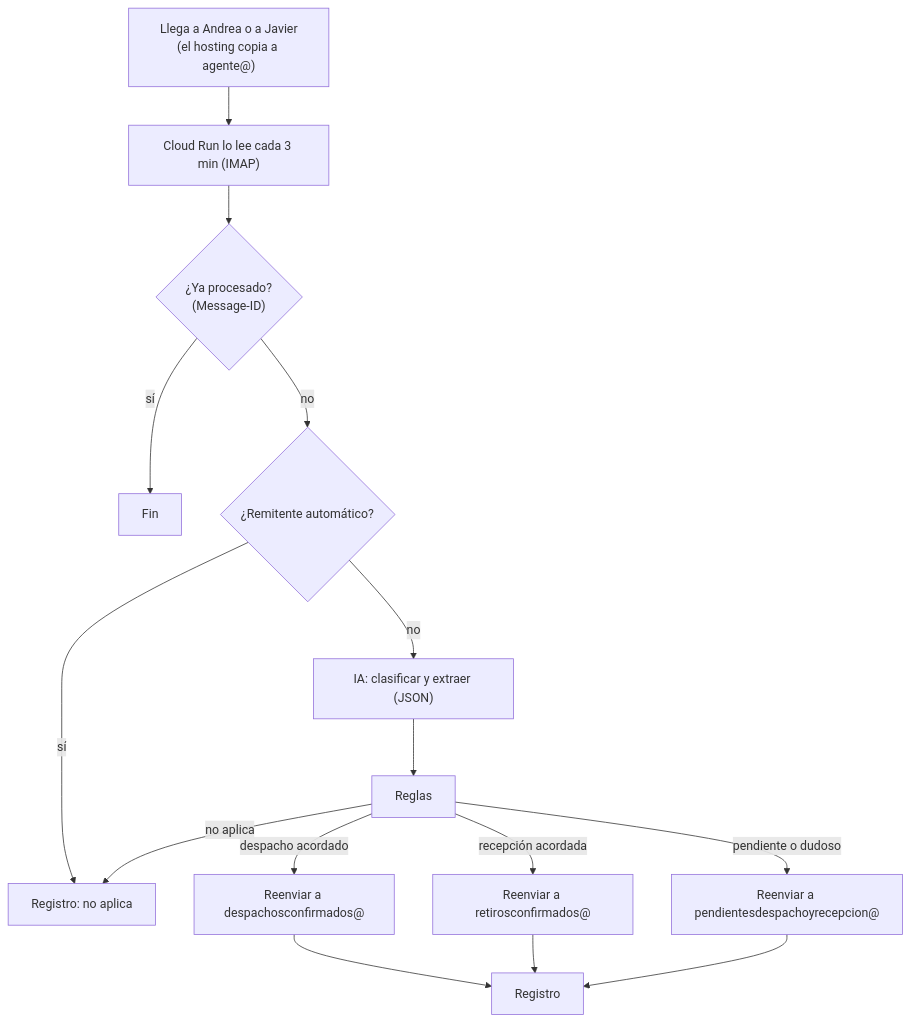
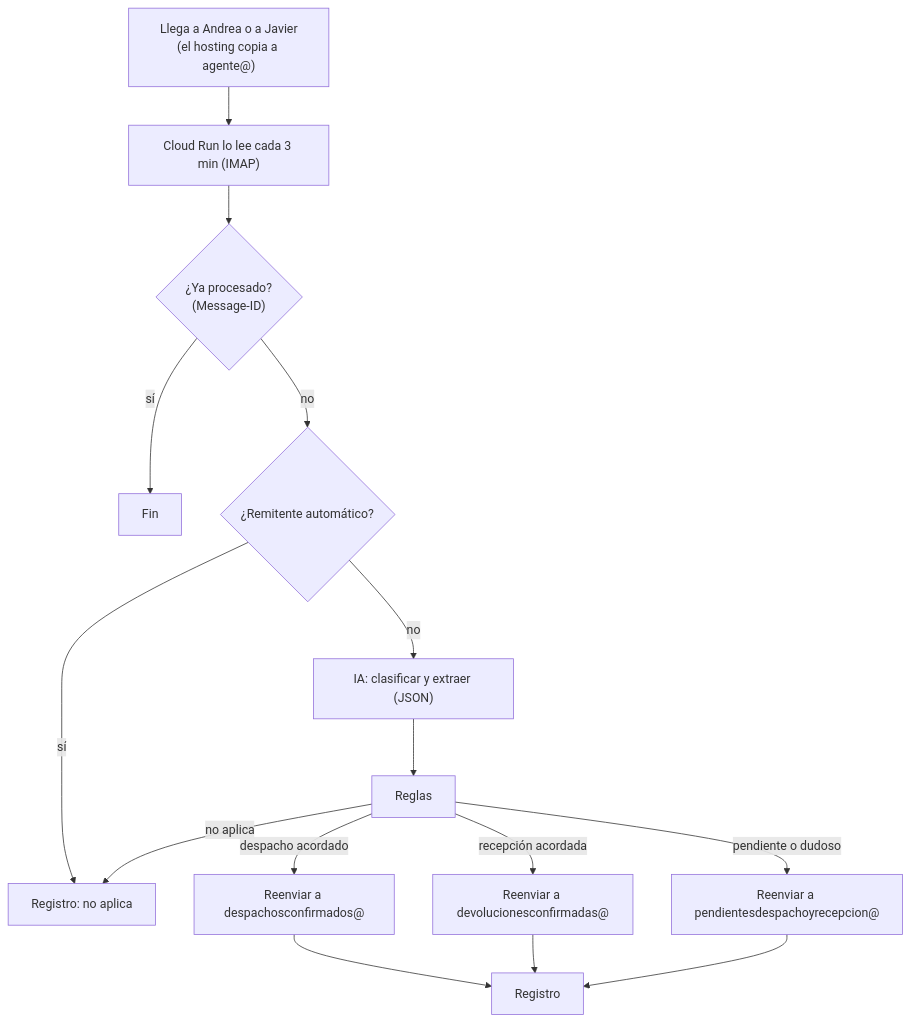
Before and after one commit to zhbozzo/alzatec: the diagram in docs/07-agente-v1.md, drawn with Mermaid. The commit also changed 7 other files, not shown here.

First line of the commit message:
Recepciones acordadas a devolucionesconfirmadas@ en vez de retirosconfirmados@

````diff
--- a/docs/07-agente-v1.md
+++ b/docs/07-agente-v1.md
@@ -31,17 +31,17 @@
 ```mermaid
 flowchart TD
   A["Llega a Andrea o a Javier<br/>(el hosting copia a agente@)"] --> B["Cloud Run lo lee cada 3 min (IMAP)"]
   B --> C{"¿Ya procesado?<br/>(Message-ID)"}
   C -->|sí| Z["Fin"]
   C -->|no| D{"¿Remitente automático?"}
   D -->|sí| L["Registro: no aplica"]
   D -->|no| E["IA: clasificar y extraer (JSON)"]
   E --> F["Reglas"]
   F -->|despacho acordado| G1["Reenviar a despachosconfirmados@"]
-  F -->|recepción acordada| G2["Reenviar a retirosconfirmados@"]
+  F -->|recepción acordada| G2["Reenviar a devolucionesconfirmadas@"]
   F -->|pendiente o dudoso| G3["Reenviar a pendientesdespachoyrecepcion@"]
   F -->|no aplica| L
   G1 --> L2["Registro"]
   G2 --> L2
   G3 --> L2
 ```
````
